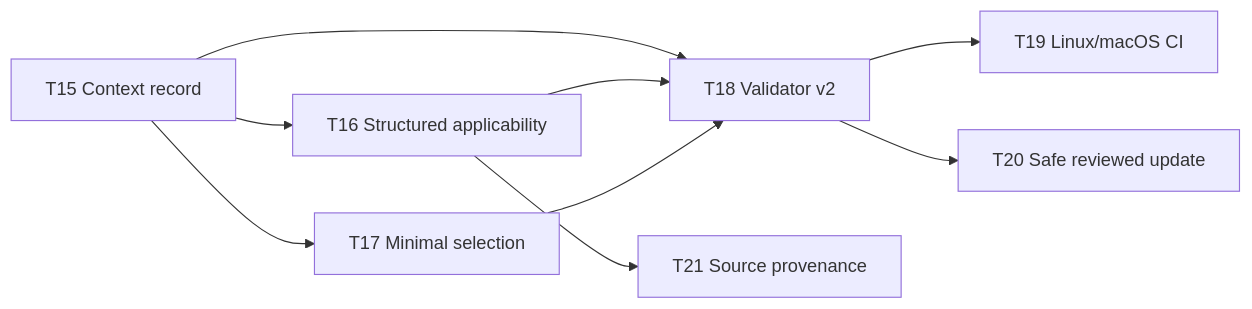
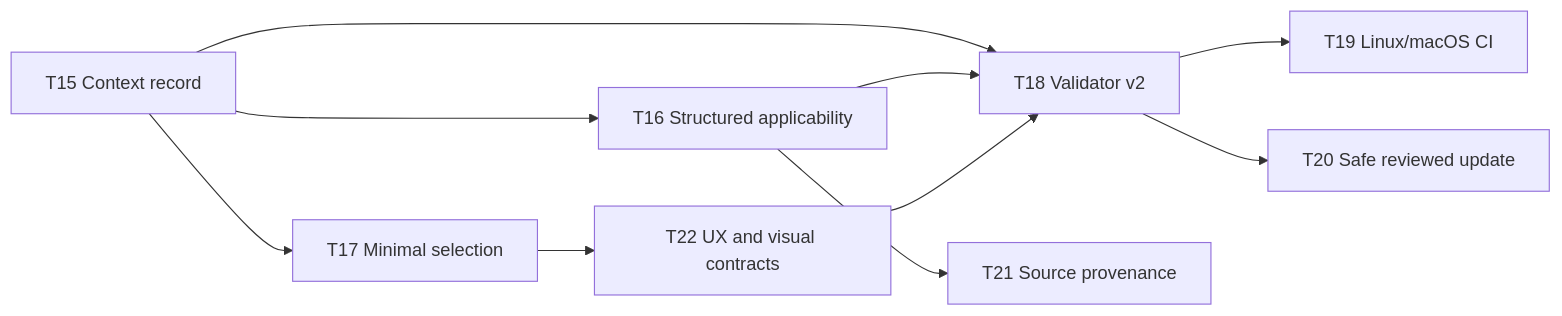
One commit to ongkipro/dotfiles changed the diagram in skills/local/development-spec-suite/references/implementation-tasks.md. Above: the diagram before and after it, drawn with Mermaid. The commit also changed other lines of this file and 26 other files, not shown here.

````diff
--- a/skills/local/development-spec-suite/references/implementation-tasks.md
+++ b/skills/local/development-spec-suite/references/implementation-tasks.md
@@ -63,11 +69,12 @@
 ```mermaid
 flowchart LR
     T15[T15 Context record] --> T16[T16 Structured applicability]
     T15 --> T17[T17 Minimal selection]
+    T17 --> T22[T22 UX and visual contracts]
     T15 --> T18[T18 Validator v2]
     T16 --> T18
-    T17 --> T18
+    T22 --> T18
     T18 --> T19[T19 Linux/macOS CI]
     T18 --> T20[T20 Safe reviewed update]
     T16 --> T21[T21 Source provenance]
 ```
````
